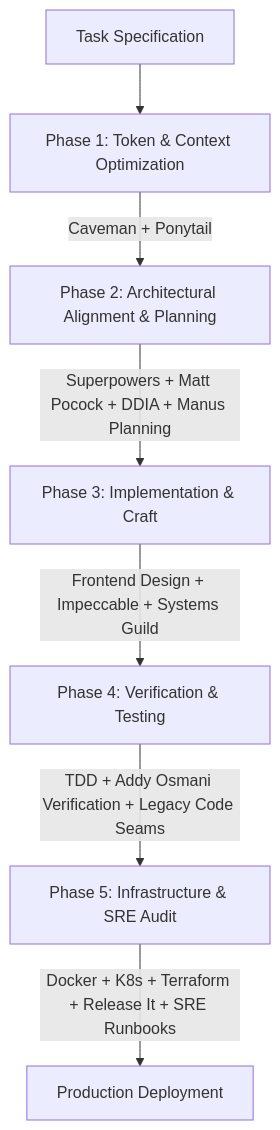
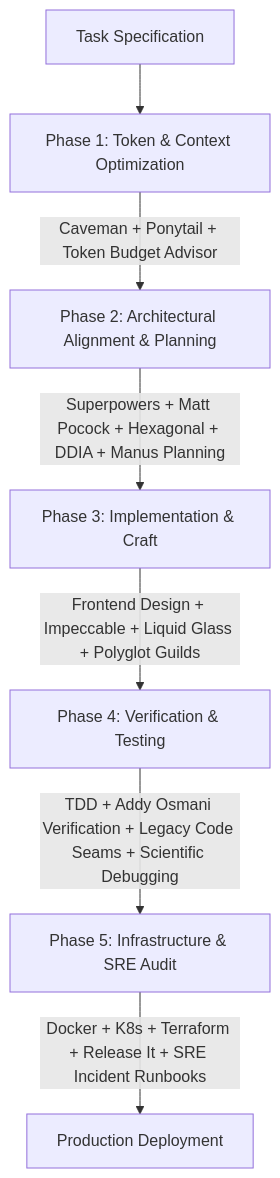
One commit to Serion89/all-in-one-skills-for-ai changed the diagram in README.md. Above: the diagram before and after it, drawn with Mermaid. The commit also changed other lines of this file and 9 other files, not shown here.

Commit message:
feat: reach 100 verified production skills with Hexagonal Architecture, Low Latency, MCP, Redis, Postgres, Go, FastAPI, Liquid Glass, and Token Budget Advisor

````diff
--- a/README.md
+++ b/README.md
@@ -18,9 +18,9 @@
 ```mermaid
 graph TD
     A[Task Specification] --> B[Phase 1: Token & Context Optimization]
-    B -->|Caveman + Ponytail| C[Phase 2: Architectural Alignment & Planning]
-    C -->|Superpowers + Matt Pocock + DDIA + Manus Planning| D[Phase 3: Implementation & Craft]
-    D -->|Frontend Design + Impeccable + Systems Guild| E[Phase 4: Verification & Testing]
-    E -->|TDD + Addy Osmani Verification + Legacy Code Seams| F[Phase 5: Infrastructure & SRE Audit]
-    F -->|Docker + K8s + Terraform + Release It + SRE Runbooks| G[Production Deployment]
+    B -->|Caveman + Ponytail + Token Budget Advisor| C[Phase 2: Architectural Alignment & Planning]
+    C -->|Superpowers + Matt Pocock + Hexagonal + DDIA + Manus Planning| D[Phase 3: Implementation & Craft]
+    D -->|Frontend Design + Impeccable + Liquid Glass + Polyglot Guilds| E[Phase 4: Verification & Testing]
+    E -->|TDD + Addy Osmani Verification + Legacy Code Seams + Scientific Debugging| F[Phase 5: Infrastructure & SRE Audit]
+    F -->|Docker + K8s + Terraform + Release It + SRE Incident Runbooks| G[Production Deployment]
 ```
````
